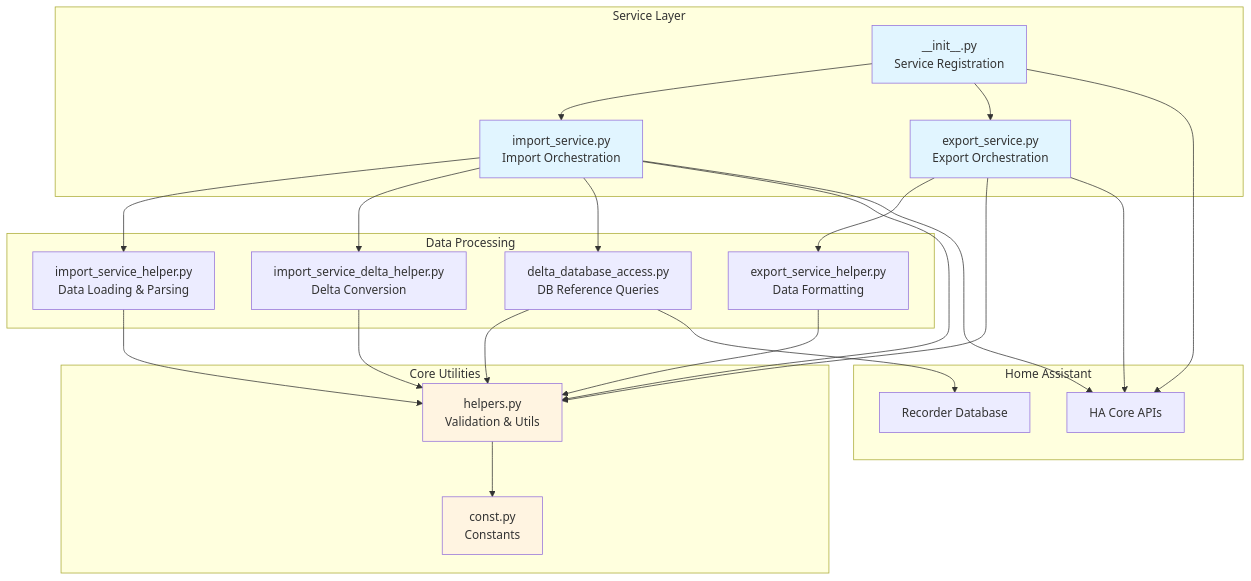
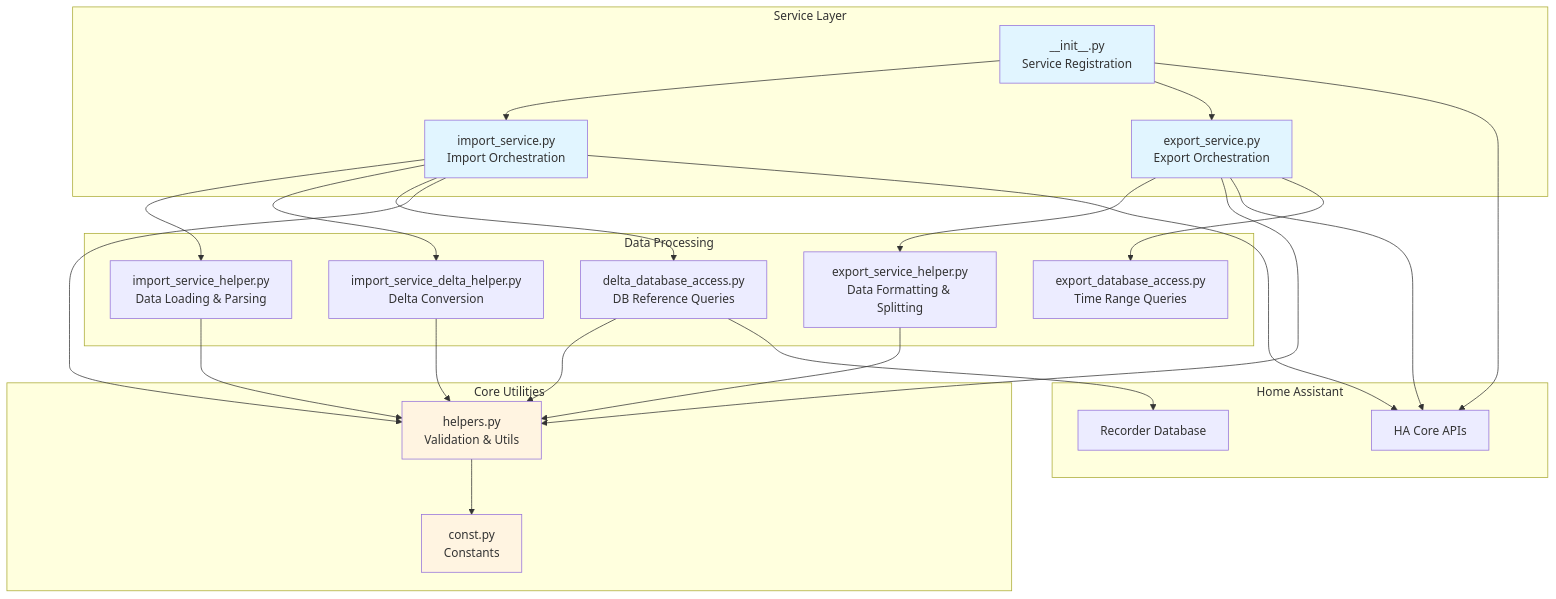
Before and after one commit to klausj1/homeassistant-statistics: the first of 4 diagrams in docs/DrCoolzic/ARCHITECTURE.md, drawn with Mermaid. The commit also changed other lines of this file and 3 other files, not shown here.

First line of the commit message:
Add export performance notes and update architecture documentation

````diff
--- a/docs/DrCoolzic/ARCHITECTURE.md
+++ b/docs/DrCoolzic/ARCHITECTURE.md
@@ -378,53 +391,55 @@
 ```mermaid
 graph TB
     subgraph "Service Layer"
         init[__init__.py<br/>Service Registration]
         import_svc[import_service.py<br/>Import Orchestration]
         export_svc[export_service.py<br/>Export Orchestration]
     end
 
     subgraph "Data Processing"
         import_helper[import_service_helper.py<br/>Data Loading & Parsing]
-        export_helper[export_service_helper.py<br/>Data Formatting]
+        export_helper[export_service_helper.py<br/>Data Formatting & Splitting]
         delta_helper[import_service_delta_helper.py<br/>Delta Conversion]
         delta_db[delta_database_access.py<br/>DB Reference Queries]
+        export_db[export_database_access.py<br/>Time Range Queries]
     end
 
     subgraph "Core Utilities"
         helpers[helpers.py<br/>Validation & Utils]
         const[const.py<br/>Constants]
     end
 
     subgraph "Home Assistant"
         ha_core[HA Core APIs]
         recorder[Recorder Database]
     end
 
     init --> import_svc
     init --> export_svc
     init --> ha_core
 
     import_svc --> import_helper
     import_svc --> delta_helper
     import_svc --> delta_db
     import_svc --> helpers
     import_svc --> ha_core
 
     export_svc --> export_helper
     export_svc --> helpers
     export_svc --> ha_core
+    export_svc --> export_db
 
     import_helper --> helpers
     export_helper --> helpers
     delta_helper --> helpers
     delta_db --> helpers
     delta_db --> recorder
 
     helpers --> const
 
     style init fill:#e1f5ff
     style import_svc fill:#e1f5ff
     style export_svc fill:#e1f5ff
     style helpers fill:#fff4e1
     style const fill:#fff4e1
 ```
````
